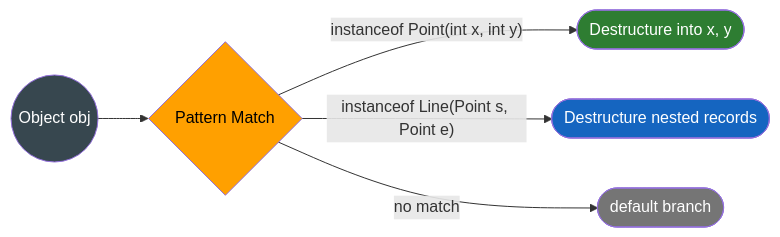
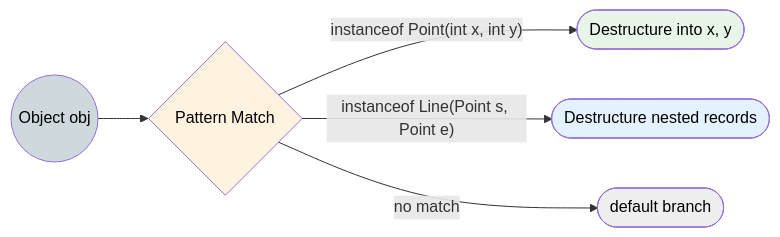
One commit to saivamsikaruturi/vamsilabs-dev-notes-main changed the fourth of 6 diagrams in docs/java/ModernJava.md. Above: the diagram before and after it, drawn with Mermaid. The commit also changed 42 other files, not shown here.

````diff
--- a/docs/java/ModernJava.md
+++ b/docs/java/ModernJava.md
@@ -322,13 +322,13 @@
 ```mermaid
 flowchart LR
     A(("Object obj")) --> B{"Pattern Match"}
     B -->|"instanceof Point(int x, int y)"| C(["Destructure into x, y"])
     B -->|"instanceof Line(Point s, Point e)"| D(["Destructure nested records"])
     B -->|"no match"| E(["default branch"])
 
-    style A fill:#37474F,color:#fff
-    style B fill:#FFA000,color:#000
-    style C fill:#2E7D32,color:#fff
-    style D fill:#1565C0,color:#fff
-    style E fill:#757575,color:#fff
+    style A fill:#CFD8DC,color:#000
+    style B fill:#FFF3E0,color:#000
+    style C fill:#E8F5E9,color:#000
+    style D fill:#E3F2FD,color:#000
+    style E fill:#EEEEEE,color:#000
 ```
````
